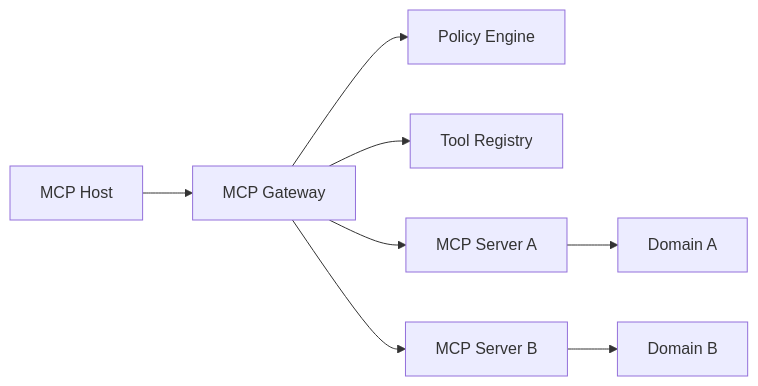
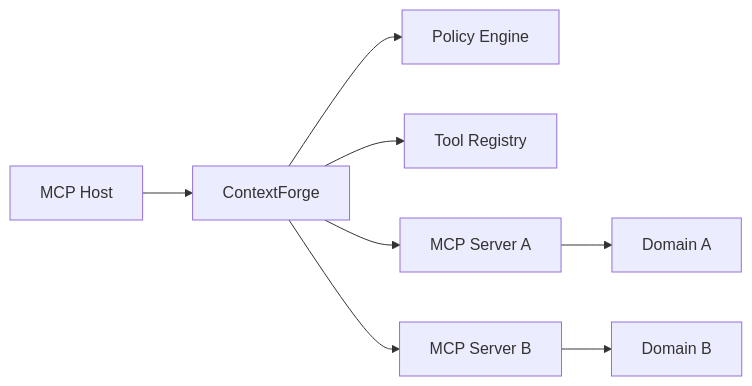
The sixth of 26 diagrams in docs/docs/best-practices/mcp-architecture-patterns.md (tedhabeck/mcp-context-forge), drawn with Mermaid before and after one commit. The commit also changed other lines of this file and 583 other files, not shown here.

First line of the commit message:
docs: rebrand to ContextForge AI Gateway (#3091)

````diff
--- a/docs/docs/best-practices/mcp-architecture-patterns.md
+++ b/docs/docs/best-practices/mcp-architecture-patterns.md
@@ -162,10 +162,10 @@
 ```mermaid
 flowchart LR
-  H["MCP Host"] --> G["MCP Gateway"]
+  H["MCP Host"] --> G["ContextForge"]
   G --> P["Policy Engine"]
   G --> R["Tool Registry"]
   G --> S1["MCP Server A"]
   G --> S2["MCP Server B"]
   S1 --> D1["Domain A"]
   S2 --> D2["Domain B"]
 ```
````
